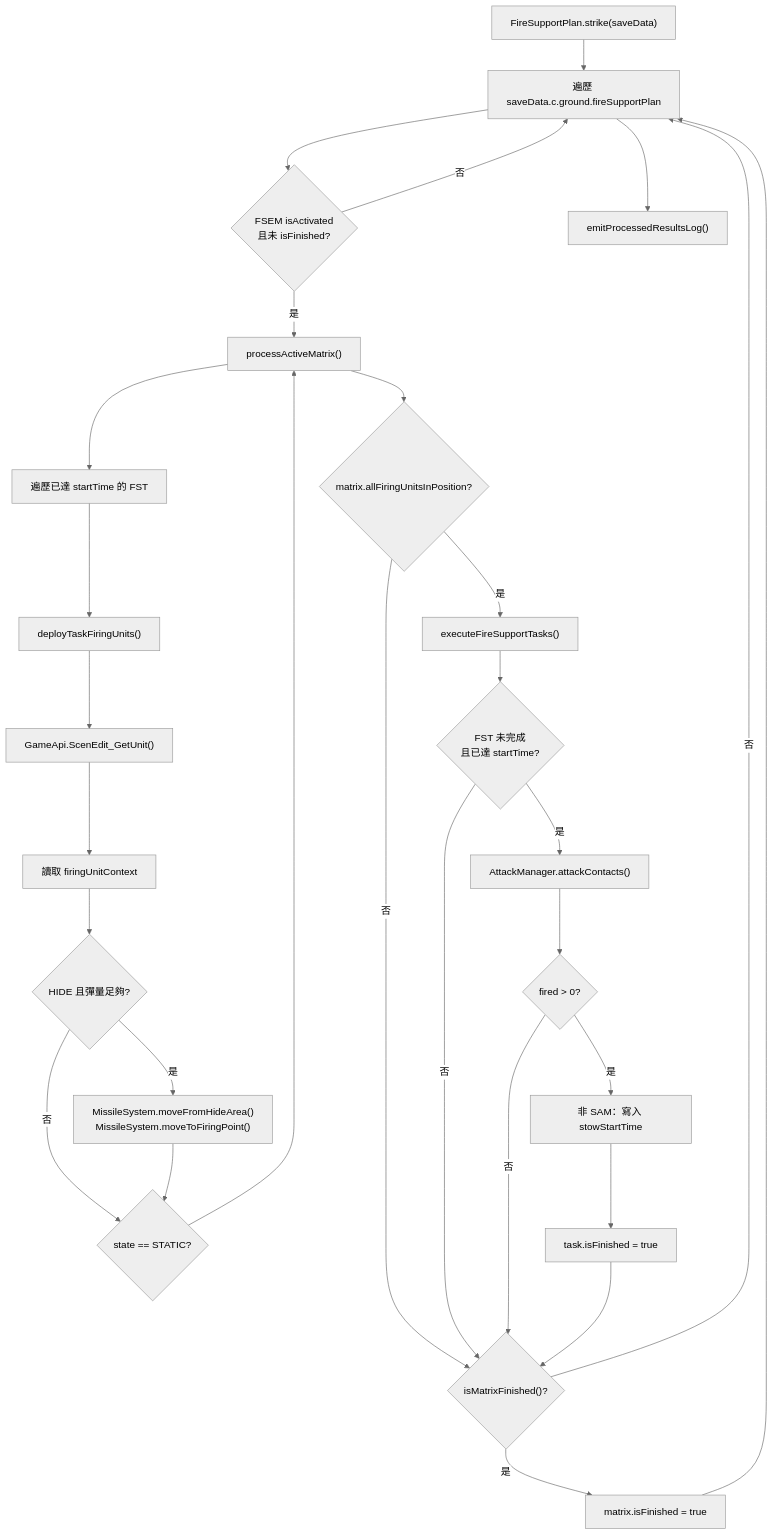
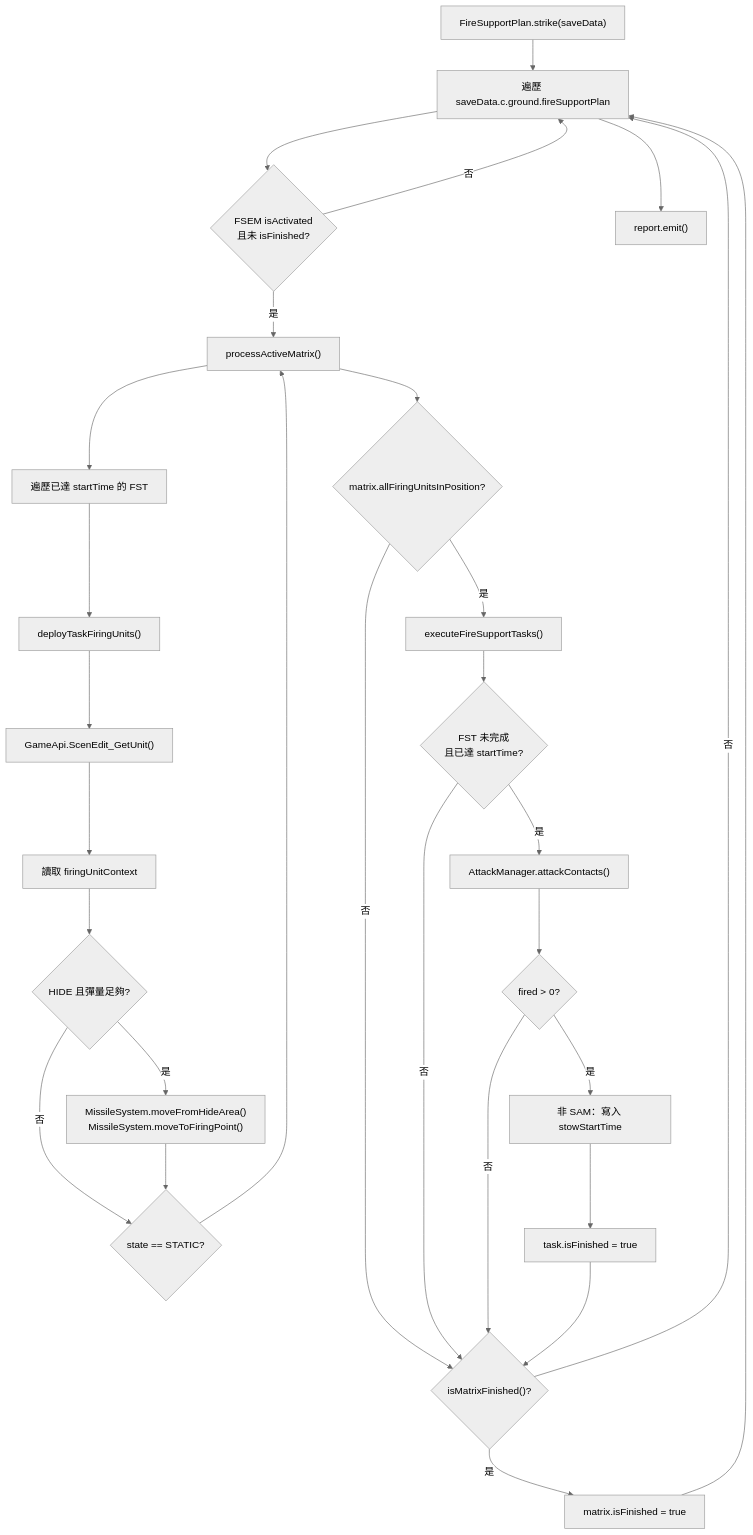
One commit to pullupjumper/formosa-in-flames changed the diagram in docs/strikePlanner/fireSupportPlan.md. Above: the diagram before and after it, drawn with Mermaid (neutral theme). The commit also changed other lines of this file and 58 other files, not shown here.

````diff
--- a/docs/strikePlanner/fireSupportPlan.md
+++ b/docs/strikePlanner/fireSupportPlan.md
@@ -118,53 +112,53 @@
 ```mermaid
 flowchart TD
     START["FireSupportPlan.strike(saveData)"]
     LOOP["遍歷 saveData.c.ground.fireSupportPlan"]
     ACTIVE{"FSEM isActivated<br/>且未 isFinished?"}
     PROCESS["processActiveMatrix()"]
     DEPLOY_TASK["遍歷已達 startTime 的 FST"]
     DEPLOY_UNIT["deployTaskFiringUnits()"]
     GET_UNIT["GameApi.ScenEdit_GetUnit()"]
     GET_CTX["讀取 firingUnitContext"]
     READY{"HIDE 且彈量足夠?"}
     MOVE["MissileSystem.moveFromHideArea()<br/>MissileSystem.moveToFiringPoint()"]
     STATIC{"state == STATIC?"}
     ALL_READY{"matrix.allFiringUnitsInPosition?"}
     EXECUTE["executeFireSupportTasks()"]
     TASK_READY{"FST 未完成<br/>且已達 startTime?"}
     ATTACK["AttackManager.attackContacts()"]
     FIRED{"fired > 0?"}
     STOW["非 SAM：寫入 stowStartTime"]
     TASK_DONE["task.isFinished = true"]
     MATRIX_DONE{"isMatrixFinished()?"}
     FINISH["matrix.isFinished = true"]
-    LOG["emitProcessedResultsLog()"]
+    LOG["report.emit()"]
 
     START --> LOOP
     LOOP --> ACTIVE
     ACTIVE -->|否| LOOP
     ACTIVE -->|是| PROCESS
     PROCESS --> DEPLOY_TASK
     DEPLOY_TASK --> DEPLOY_UNIT
     DEPLOY_UNIT --> GET_UNIT
     GET_UNIT --> GET_CTX
     GET_CTX --> READY
     READY -->|是| MOVE
     READY -->|否| STATIC
     MOVE --> STATIC
     STATIC --> PROCESS
     PROCESS --> ALL_READY
     ALL_READY -->|是| EXECUTE
     ALL_READY -->|否| MATRIX_DONE
     EXECUTE --> TASK_READY
     TASK_READY -->|是| ATTACK
     TASK_READY -->|否| MATRIX_DONE
     ATTACK --> FIRED
     FIRED -->|是| STOW
     FIRED -->|否| MATRIX_DONE
     STOW --> TASK_DONE
     TASK_DONE --> MATRIX_DONE
     MATRIX_DONE -->|是| FINISH
     MATRIX_DONE -->|否| LOOP
     FINISH --> LOOP
     LOOP --> LOG
 ```
````
